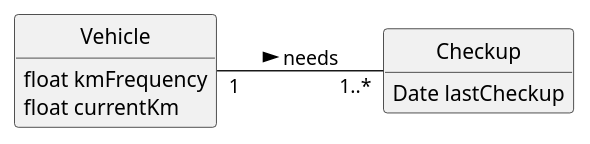
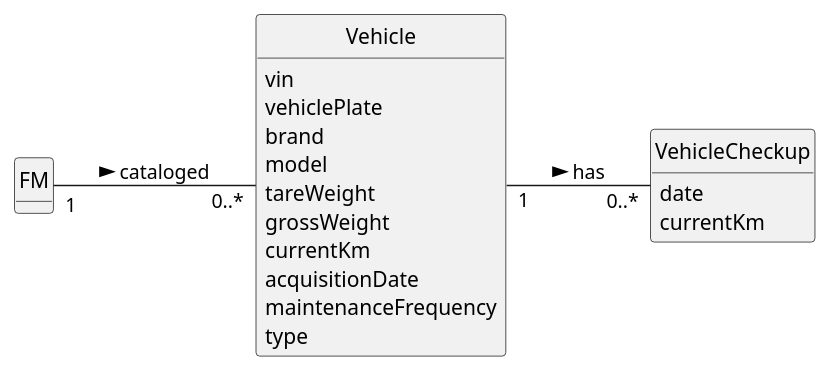
One commit to ricardomm7/leaflink changed the diagram in docs/sprintA/us008/02.analysis/puml/us008-domain-model.puml. Above: the diagram before and after it, drawn with PlantUML. The commit also changed 4 other files, not shown here.

```diff
--- a/docs/sprintA/us008/02.analysis/puml/us008-domain-model.puml
+++ b/docs/sprintA/us008/02.analysis/puml/us008-domain-model.puml
@@ -1,22 +1,35 @@
 @startuml
 skinparam monochrome true
 skinparam packageStyle rectangle
 skinparam shadowing false
 
 skinparam classAttributeIconSize 0
 left to right direction
 
 hide circle
 hide methods
 
-class Vehicle {
-    float kmFrequency
-    float currentKm
+class FM {
 }
 
-class Checkup {
-    Date lastCheckup
+class Vehicle {
+    vin
+    vehiclePlate
+    brand
+    model
+    tareWeight
+    grossWeight
+    currentKm
+    acquisitionDate
+    maintenanceFrequency
+    type
 }
 
-Vehicle "1" -- "1..*" Checkup : needs >
+class VehicleCheckup {
+    date
+    currentKm
+}
+
+FM "1" -- "0..*" Vehicle : cataloged >
+Vehicle "1" -- "0..*" VehicleCheckup : has >
 @enduml
```
